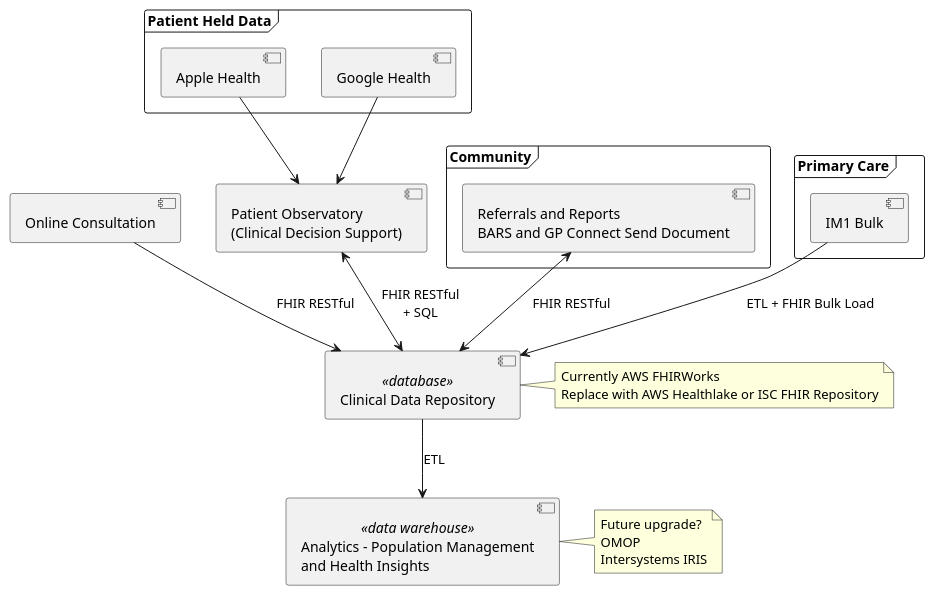
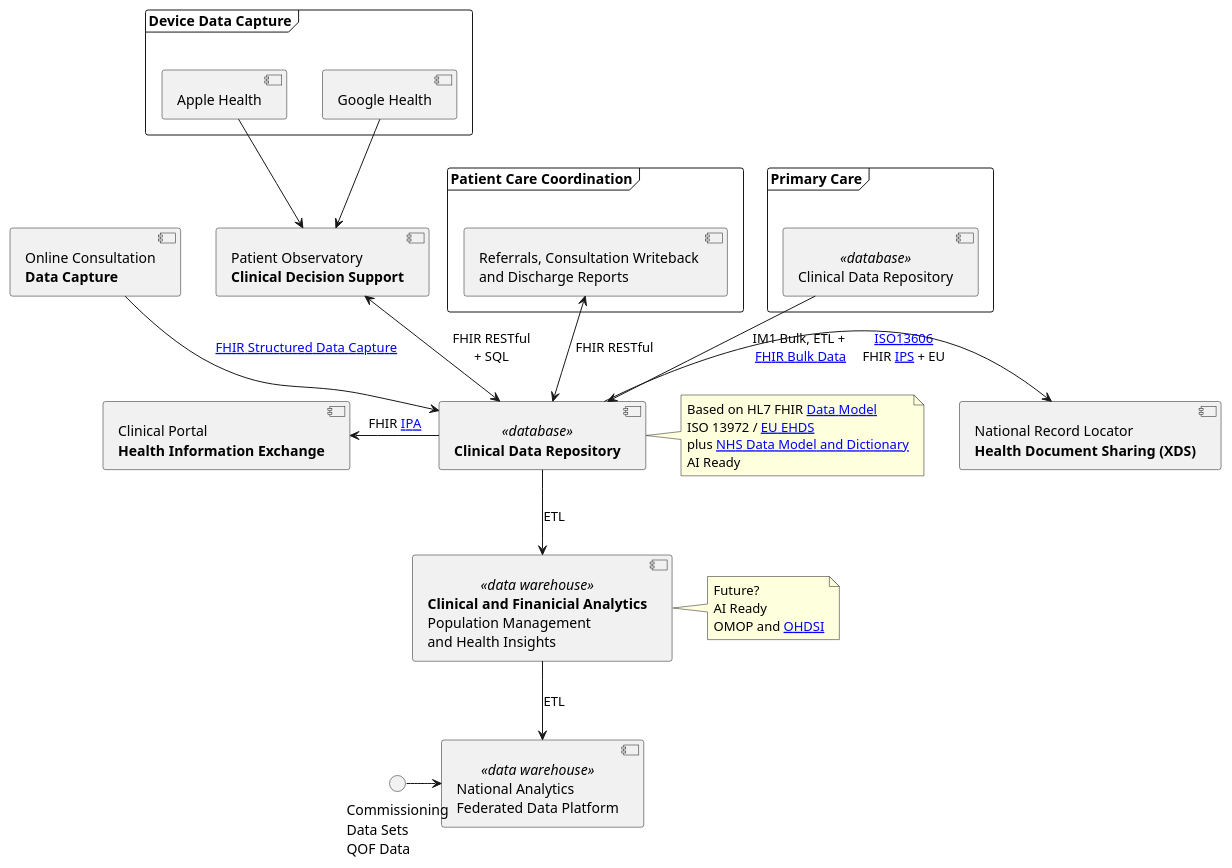
One commit to Virtually-Healthcare/virtually-healthcare.github.com changed the diagram in input/images-source/component-analytics.plantuml. Above: the diagram before and after it, drawn with PlantUML.

Commit message:
Design Overview

```diff
--- a/input/images-source/component-analytics.plantuml
+++ b/input/images-source/component-analytics.plantuml
@@ -2,49 +2,69 @@
   @startuml
 
-    component "Online Consultation" as triage
+    skinparam svgDimensionStyle false
 
-    frame "Patient Held Data" as phr {
+    component "Online Consultation\n**Data Capture**" as triage
+
+    frame "Device Data Capture" as phr {
       component "Apple Health" as Apple
       component "Google Health" as Google
     }
 
-    frame "Community" as community {
-    component "Referrals and Reports\nBARS and GP Connect Send Document" as bars
+    frame "Patient Care Coordination" as community {
+    component "Referrals, Consultation Writeback \nand Discharge Reports" as bars
     }
 
     frame "Primary Care" as pc {
-      component "IM1 Bulk" as im1
+      component "Clinical Data Repository" as im1 <<database>>
     }
-    component "Patient Observatory\n(Clinical Decision Support)" as obs
+    component "Patient Observatory\n**Clinical Decision Support**" as obs
 
-    component "Clinical Data Repository" as CDR <<database>>
+    component "**Clinical Data Repository**" as CDR <<database>>
 
-    component "Analytics - Population Management\nand Health Insights" as omop <<data warehouse>>
+    component "**Clinical and Finanicial Analytics**\nPopulation Management\nand Health Insights" as omop <<data warehouse>>
 
-    triage --> CDR  : FHIR RESTful
+    component "Clinical Portal\n**Health Information Exchange**" as HIE
+
+    component "National Record Locator\n**Health Document Sharing (XDS)**" as XDS
+
+    component "National Analytics\nFederated Data Platform" as FDP  <<data warehouse>>
+
+    interface "Commissioning\nData Sets\nQOF Data" as QOF
+
+    triage --> CDR  : [[https://build.fhir.org/ig/HL7/sdc/ FHIR Structured Data Capture]]
     Apple --> obs
     Google --> obs
 
     obs <--> CDR : FHIR RESTful\n+ SQL
 
     bars <--> CDR: FHIR RESTful
 
-    im1 --> CDR : ETL + FHIR Bulk Load
+    im1 --> CDR : IM1 Bulk, ETL + \n[[https://hl7.org/fhir/uv/bulkdata/ FHIR Bulk Data]]
 
     CDR --> omop : ETL
 
+    HIE <-r- CDR: FHIR [[https://build.fhir.org/ig/HL7/fhir-ipa/ IPA]]
+
+    XDS <-l- CDR: [[https://en.wikipedia.org/wiki/EN_13606 ISO13606]]\nFHIR [[https://build.fhir.org/ig/HL7/fhir-ips/index.html IPS]] + EU
+
+    omop --> FDP: ETL
+
+    QOF -r-> FDP
+
     note as OMOP
-      Future upgrade?
-      OMOP
-      Intersystems IRIS
+      Future?
+      AI Ready
+      OMOP and [[ OHDSI]]
     end note
 
     note as FHIR
-      Currently AWS FHIRWorks
-      Replace with AWS Healthlake or ISC FHIR Repository
+      Based on HL7 FHIR [[artifacts.html#5 Data Model]]
+      ISO 13972 / [[https://build.fhir.org/ig/Xt-EHR/xt-ehr-common/artifacts.html EU EHDS]]
+      plus [[https://www.datadictionary.nhs.uk/ NHS Data Model and Dictionary]]
+      AI Ready
     end note
 
     OMOP .l. omop
     FHIR .l. CDR
 
   @enduml
```
